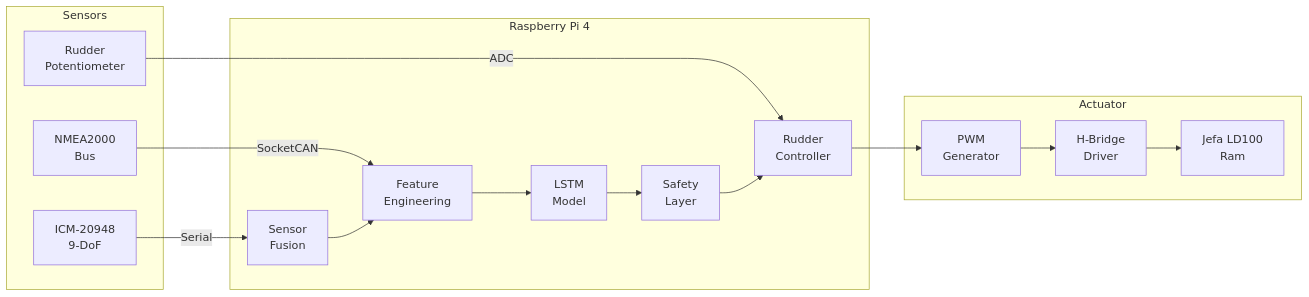
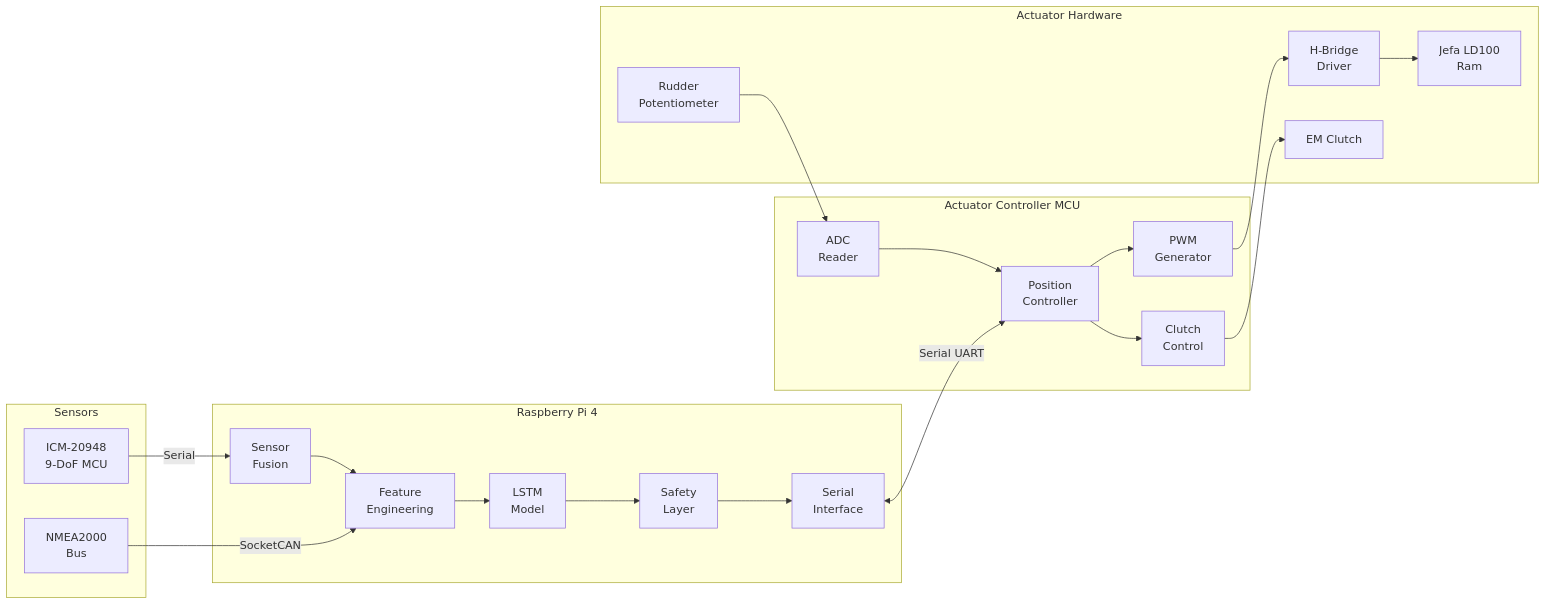
The first of 4 diagrams in planning/implementation_plan.md (ieb/autopilot), drawn with Mermaid before and after one commit. The commit also changed other lines of this file and 8 other files, not shown here.

Commit message:
Adjusted design to move actuator to dedicated controller

````diff
--- a/planning/implementation_plan.md
+++ b/planning/implementation_plan.md
@@ -9,34 +9,47 @@
 ```mermaid
 graph LR
     subgraph Sensors
-        IMU[ICM-20948<br/>9-DoF]
+        IMU[ICM-20948<br/>9-DoF MCU]
         CAN[NMEA2000<br/>Bus]
-        POT[Rudder<br/>Potentiometer]
     end
     
-    subgraph "Raspberry Pi 4"
+    subgraph RaspberryPi [Raspberry Pi 4]
         FUSION[Sensor<br/>Fusion]
         PREPROC[Feature<br/>Engineering]
         MODEL[LSTM<br/>Model]
-        CTRL[Rudder<br/>Controller]
         SAFETY[Safety<br/>Layer]
+        SERIAL[Serial<br/>Interface]
     end
     
-    subgraph Actuator
-        PWM[PWM<br/>Generator]
+    subgraph ActuatorController [Actuator Controller MCU]
+        ACTRL[Position<br/>Controller]
+        ADC_RDR[ADC<br/>Reader]
+        PWM_GEN[PWM<br/>Generator]
+        CLUTCH_CTRL[Clutch<br/>Control]
+    end
+    
+    subgraph Actuator [Actuator Hardware]
+        POT[Rudder<br/>Potentiometer]
         HBRIDGE[H-Bridge<br/>Driver]
         RAM[Jefa LD100<br/>Ram]
+        EMCLUTCH[EM Clutch]
     end
     
     IMU -->|Serial| FUSION
     CAN -->|SocketCAN| PREPROC
-    POT -->|ADC| CTRL
     
     FUSION --> PREPROC
     PREPROC --> MODEL
     MODEL --> SAFETY
-    SAFETY --> CTRL
-    CTRL --> PWM
-    PWM --> HBRIDGE
+    SAFETY --> SERIAL
+    
+    SERIAL <-->|Serial UART| ACTRL
+    
+    POT --> ADC_RDR
+    ADC_RDR --> ACTRL
+    ACTRL --> PWM_GEN
+    ACTRL --> CLUTCH_CTRL
+    PWM_GEN --> HBRIDGE
     HBRIDGE --> RAM
+    CLUTCH_CTRL --> EMCLUTCH
 ```
````
